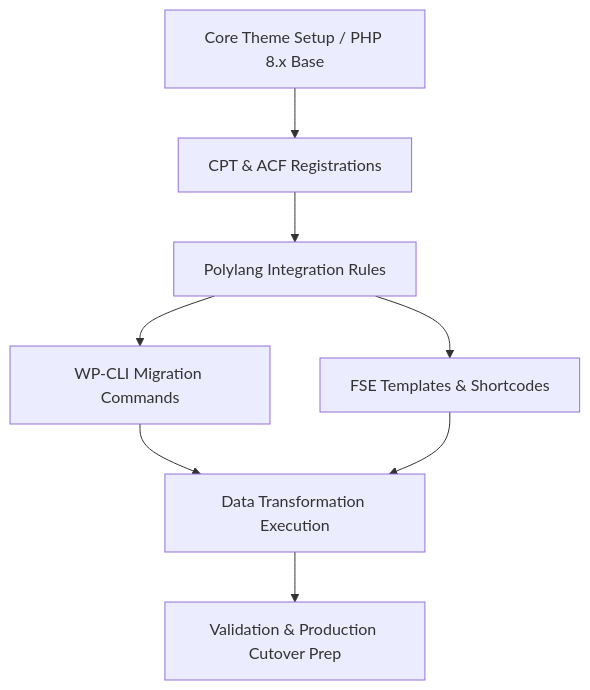
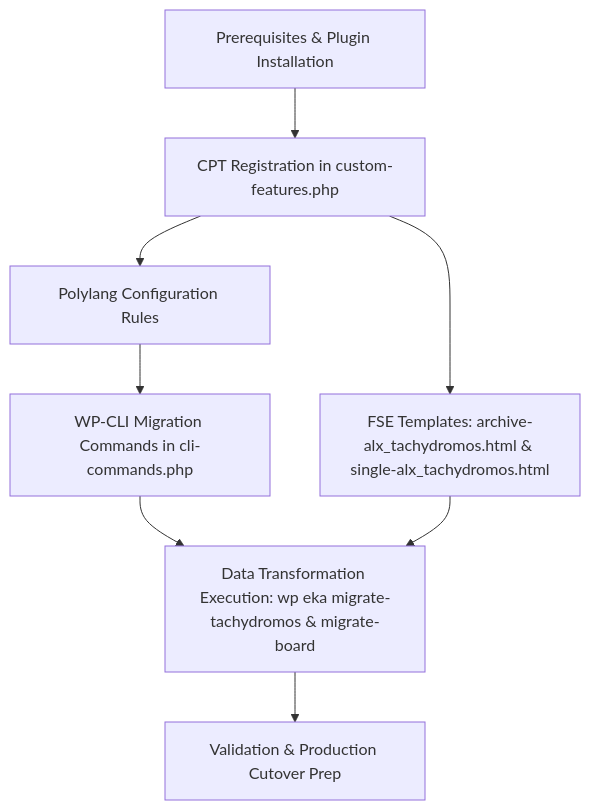
The diagram in tasks/plan.md (alexseif/flagship), drawn with Mermaid before and after one commit. The commit also changed other lines of this file and 2 other files, not shown here.

Commit message:
chore: complete phase 1 prerequisites and finalize planning artifacts

````diff
--- a/tasks/plan.md
+++ b/tasks/plan.md
@@ -10,10 +15,10 @@
 ```mermaid
 graph TD
-    A[Core Theme Setup / PHP 8.x Base] --> B[CPT & ACF Registrations]
-    B --> C[Polylang Integration Rules]
-    C --> D[WP-CLI Migration Commands]
-    C --> E[FSE Templates & Shortcodes]
-    D --> F[Data Transformation Execution]
-    E --> F
+    A[Prerequisites & Plugin Installation] --> B[CPT Registration in custom-features.php]
+    B --> C[Polylang Configuration Rules]
+    B --> D[FSE Templates: archive-alx_tachydromos.html & single-alx_tachydromos.html]
+    C --> E[WP-CLI Migration Commands in cli-commands.php]
+    E --> F[Data Transformation Execution: wp eka migrate-tachydromos & migrate-board]
+    D --> F
     F --> G[Validation & Production Cutover Prep]
 ```
````
